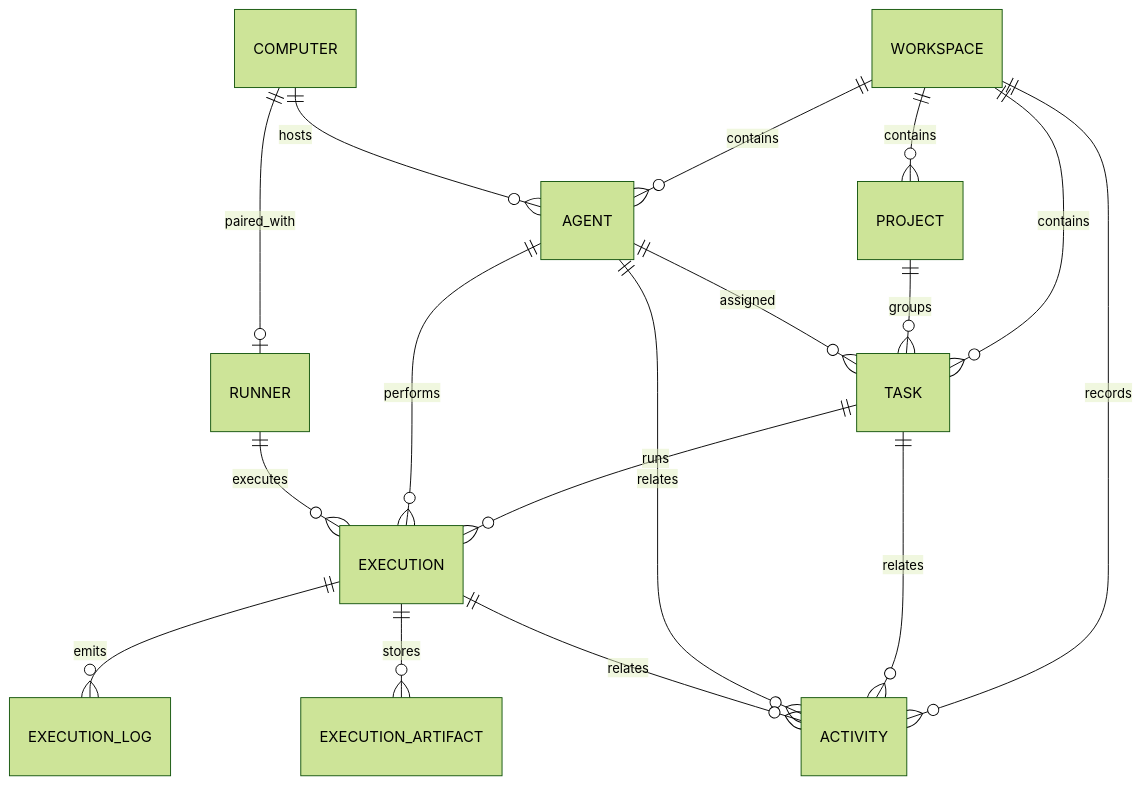
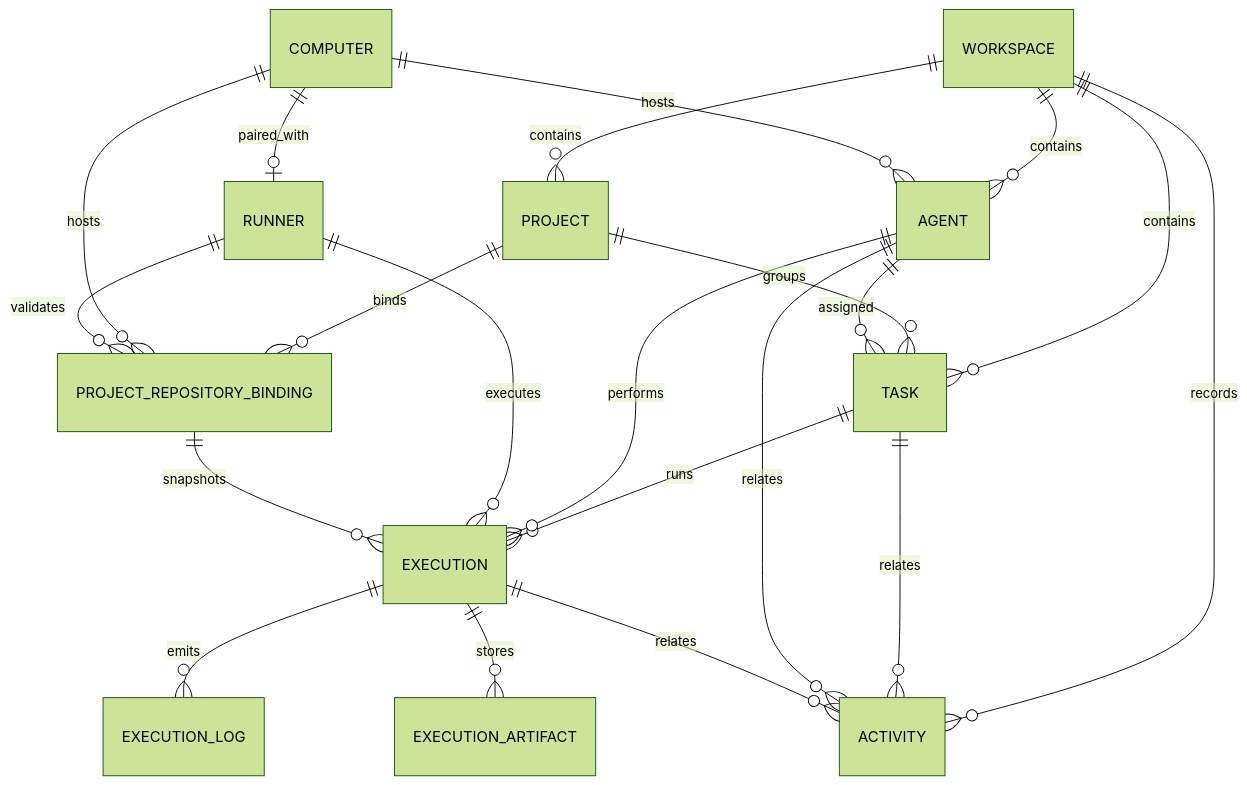
One commit to cloudyBird233/Haft changed the diagram in docs/data-model.md. Above: the diagram before and after it, drawn with Mermaid (forest theme). The commit also changed other lines of this file and 75 other files, not shown here.

First line of the commit message:
feat(projects): add project CRUD and repository bindings

````diff
--- a/docs/data-model.md
+++ b/docs/data-model.md
@@ -10,19 +10,23 @@
 ```mermaid
 erDiagram
     WORKSPACE ||--o{ PROJECT : contains
     WORKSPACE ||--o{ AGENT : contains
     WORKSPACE ||--o{ TASK : contains
     WORKSPACE ||--o{ ACTIVITY : records
     COMPUTER ||--o{ AGENT : hosts
     COMPUTER ||--o| RUNNER : paired_with
     PROJECT ||--o{ TASK : groups
+    PROJECT ||--o{ PROJECT_REPOSITORY_BINDING : binds
+    COMPUTER ||--o{ PROJECT_REPOSITORY_BINDING : hosts
+    RUNNER ||--o{ PROJECT_REPOSITORY_BINDING : validates
     AGENT ||--o{ TASK : assigned
     TASK ||--o{ EXECUTION : runs
     AGENT ||--o{ EXECUTION : performs
     RUNNER ||--o{ EXECUTION : executes
+    PROJECT_REPOSITORY_BINDING ||--o{ EXECUTION : snapshots
     EXECUTION ||--o{ EXECUTION_LOG : emits
     EXECUTION ||--o{ EXECUTION_ARTIFACT : stores
     TASK ||--o{ ACTIVITY : relates
     AGENT ||--o{ ACTIVITY : relates
     EXECUTION ||--o{ ACTIVITY : relates
 ```
````
